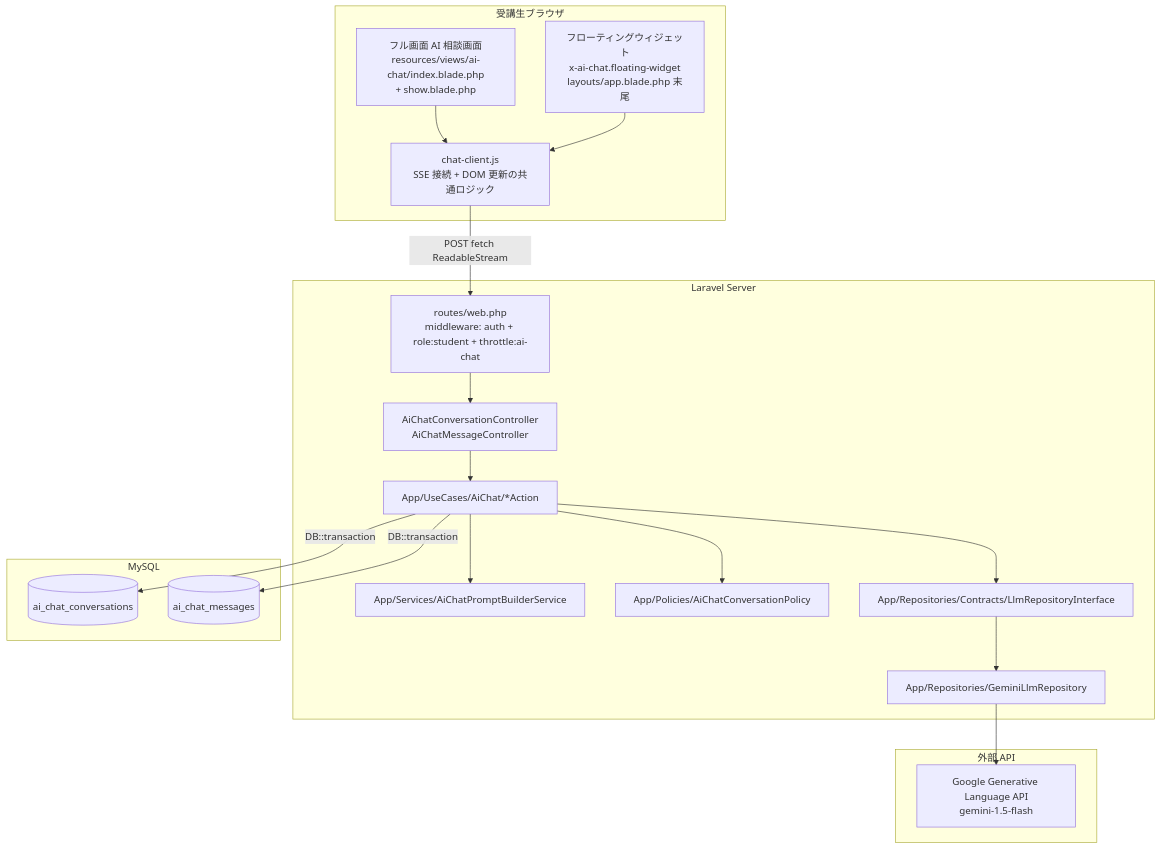
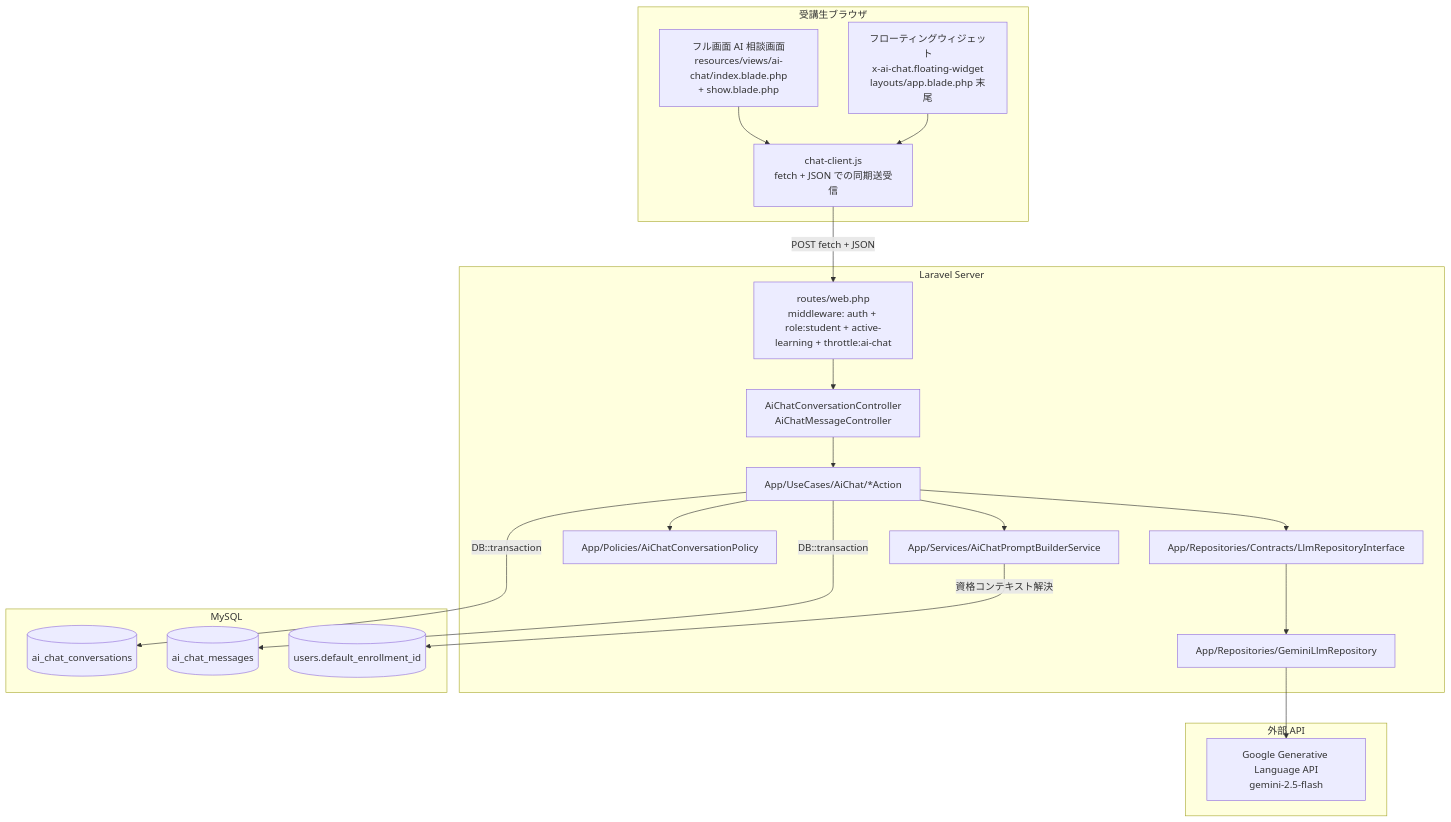
The first of 6 diagrams in docs/specs/ai-chat/design.md (coachtech-mockcase-second/ExampleAnswer-mockcase-CertifyLMS), drawn with Mermaid before and after one commit. The commit also changed other lines of this file and 249 other files, not shown here.

````diff
--- a/docs/specs/ai-chat/design.md
+++ b/docs/specs/ai-chat/design.md
@@ -9,40 +11,42 @@
 ```mermaid
 graph TB
     subgraph Client[受講生ブラウザ]
         FullScreen["フル画面 AI 相談画面<br/>resources/views/ai-chat/index.blade.php<br/>+ show.blade.php"]
         Widget["フローティングウィジェット<br/>x-ai-chat.floating-widget<br/>layouts/app.blade.php 末尾"]
-        ChatClient["chat-client.js<br/>SSE 接続 + DOM 更新の共通ロジック"]
+        ChatClient["chat-client.js<br/>fetch + JSON での同期送受信"]
     end
 
     subgraph Server[Laravel Server]
-        Route["routes/web.php<br/>middleware: auth + role:student + throttle:ai-chat"]
+        Route["routes/web.php<br/>middleware: auth + role:student + active-learning + throttle:ai-chat"]
         Controller["AiChatConversationController<br/>AiChatMessageController"]
         Action["App/UseCases/AiChat/*Action"]
         Service["App/Services/AiChatPromptBuilderService"]
         Policy["App/Policies/AiChatConversationPolicy"]
         Repo["App/Repositories/Contracts/LlmRepositoryInterface"]
         Gemini["App/Repositories/GeminiLlmRepository"]
     end
 
     subgraph DB[MySQL]
         Conv[(ai_chat_conversations)]
         Msg[(ai_chat_messages)]
+        Users[(users.default_enrollment_id)]
     end
 
     subgraph External[外部 API]
-        GeminiAPI["Google Generative Language API<br/>gemini-1.5-flash"]
+        GeminiAPI["Google Generative Language API<br/>gemini-2.5-flash"]
     end
 
     FullScreen --> ChatClient
     Widget --> ChatClient
-    ChatClient -->|POST fetch ReadableStream| Route
+    ChatClient -->|POST fetch + JSON| Route
     Route --> Controller
     Controller --> Action
     Action --> Service
+    Service -->|資格コンテキスト解決| Users
     Action --> Repo
     Action --> Policy
     Repo --> Gemini
     Gemini --> GeminiAPI
     Action -->|DB::transaction| Conv
     Action -->|DB::transaction| Msg
 ```
````
